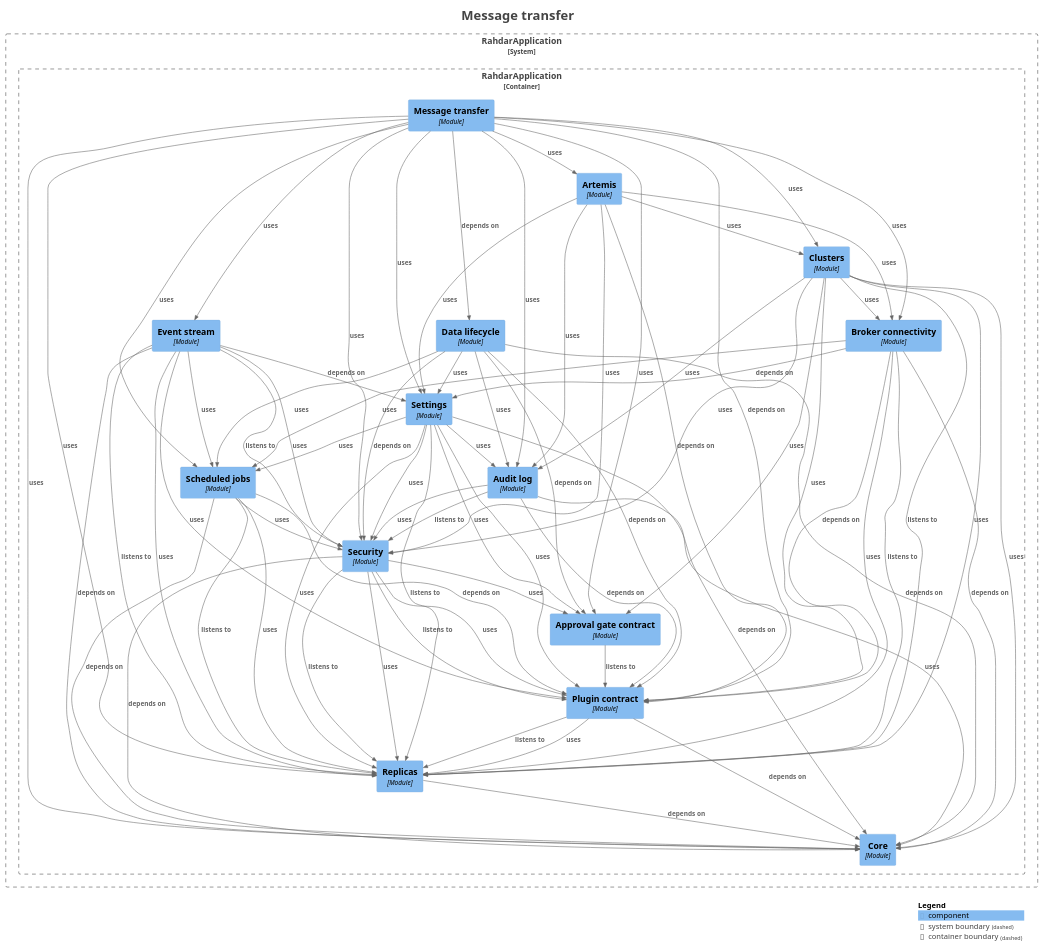
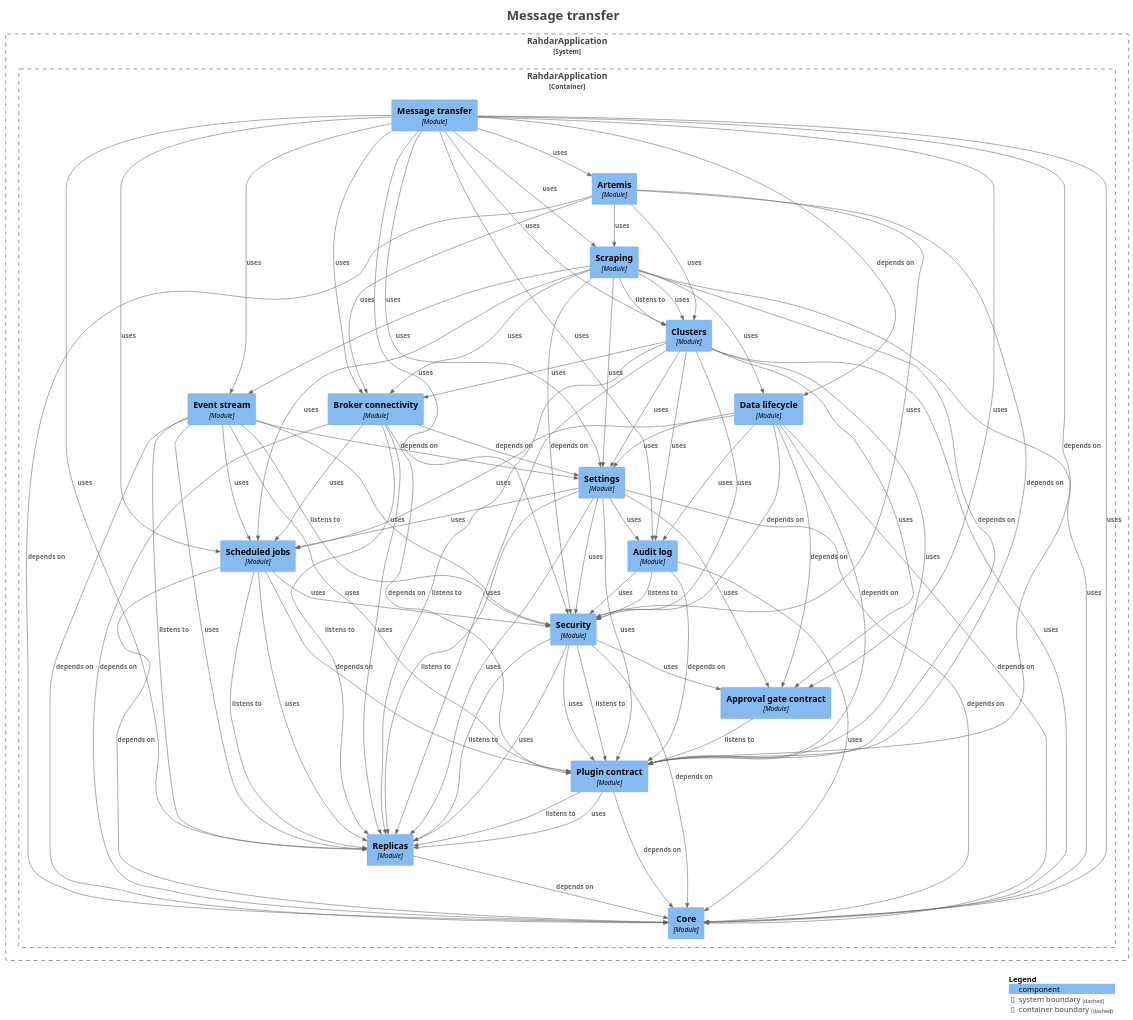
One commit to sudoitir/rahdar changed the diagram in docs/modules/module-feature.transfer.puml. Above: the diagram before and after it, drawn with PlantUML. The commit also changed 33 other files, not shown here.

```diff
--- a/docs/modules/module-feature.transfer.puml
+++ b/docs/modules/module-feature.transfer.puml
@@ -29,6 +29,7 @@
     Component(RahdarApplication.RahdarApplication.Plugincontract, "Plugin contract", $techn="Module", $descr="", $tags="", $link="")
     Component(RahdarApplication.RahdarApplication.Replicas, "Replicas", $techn="Module", $descr="", $tags="", $link="")
     Component(RahdarApplication.RahdarApplication.Scheduledjobs, "Scheduled jobs", $techn="Module", $descr="", $tags="", $link="")
+    Component(RahdarApplication.RahdarApplication.Scraping, "Scraping", $techn="Module", $descr="", $tags="", $link="")
     Component(RahdarApplication.RahdarApplication.Security, "Security", $techn="Module", $descr="", $tags="", $link="")
     Component(RahdarApplication.RahdarApplication.Settings, "Settings", $techn="Module", $descr="", $tags="", $link="")
   }
@@ -36,12 +37,12 @@
 }
 
 Rel(RahdarApplication.RahdarApplication.Approvalgatecontract, RahdarApplication.RahdarApplication.Plugincontract, "listens to", $techn="", $tags="", $link="")
-Rel(RahdarApplication.RahdarApplication.Artemis, RahdarApplication.RahdarApplication.Auditlog, "uses", $techn="", $tags="", $link="")
 Rel(RahdarApplication.RahdarApplication.Artemis, RahdarApplication.RahdarApplication.Brokerconnectivity, "uses", $techn="", $tags="", $link="")
 Rel(RahdarApplication.RahdarApplication.Artemis, RahdarApplication.RahdarApplication.Clusters, "uses", $techn="", $tags="", $link="")
+Rel(RahdarApplication.RahdarApplication.Artemis, RahdarApplication.RahdarApplication.Core, "depends on", $techn="", $tags="", $link="")
 Rel(RahdarApplication.RahdarApplication.Artemis, RahdarApplication.RahdarApplication.Plugincontract, "depends on", $techn="", $tags="", $link="")
+Rel(RahdarApplication.RahdarApplication.Artemis, RahdarApplication.RahdarApplication.Scraping, "uses", $techn="", $tags="", $link="")
 Rel(RahdarApplication.RahdarApplication.Artemis, RahdarApplication.RahdarApplication.Security, "uses", $techn="", $tags="", $link="")
-Rel(RahdarApplication.RahdarApplication.Artemis, RahdarApplication.RahdarApplication.Settings, "uses", $techn="", $tags="", $link="")
 Rel(RahdarApplication.RahdarApplication.Auditlog, RahdarApplication.RahdarApplication.Core, "uses", $techn="", $tags="", $link="")
 Rel(RahdarApplication.RahdarApplication.Auditlog, RahdarApplication.RahdarApplication.Plugincontract, "depends on", $techn="", $tags="", $link="")
 Rel(RahdarApplication.RahdarApplication.Auditlog, RahdarApplication.RahdarApplication.Security, "listens to", $techn="", $tags="", $link="")
@@ -60,6 +61,7 @@
 Rel(RahdarApplication.RahdarApplication.Clusters, RahdarApplication.RahdarApplication.Replicas, "listens to", $techn="", $tags="", $link="")
 Rel(RahdarApplication.RahdarApplication.Clusters, RahdarApplication.RahdarApplication.Replicas, "uses", $techn="", $tags="", $link="")
 Rel(RahdarApplication.RahdarApplication.Clusters, RahdarApplication.RahdarApplication.Security, "uses", $techn="", $tags="", $link="")
+Rel(RahdarApplication.RahdarApplication.Clusters, RahdarApplication.RahdarApplication.Settings, "uses", $techn="", $tags="", $link="")
 Rel(RahdarApplication.RahdarApplication.Datalifecycle, RahdarApplication.RahdarApplication.Approvalgatecontract, "depends on", $techn="", $tags="", $link="")
 Rel(RahdarApplication.RahdarApplication.Datalifecycle, RahdarApplication.RahdarApplication.Auditlog, "uses", $techn="", $tags="", $link="")
 Rel(RahdarApplication.RahdarApplication.Datalifecycle, RahdarApplication.RahdarApplication.Core, "depends on", $techn="", $tags="", $link="")
@@ -86,6 +88,7 @@
 Rel(RahdarApplication.RahdarApplication.Messagetransfer, RahdarApplication.RahdarApplication.Plugincontract, "depends on", $techn="", $tags="", $link="")
 Rel(RahdarApplication.RahdarApplication.Messagetransfer, RahdarApplication.RahdarApplication.Replicas, "uses", $techn="", $tags="", $link="")
 Rel(RahdarApplication.RahdarApplication.Messagetransfer, RahdarApplication.RahdarApplication.Scheduledjobs, "uses", $techn="", $tags="", $link="")
+Rel(RahdarApplication.RahdarApplication.Messagetransfer, RahdarApplication.RahdarApplication.Scraping, "uses", $techn="", $tags="", $link="")
 Rel(RahdarApplication.RahdarApplication.Messagetransfer, RahdarApplication.RahdarApplication.Security, "uses", $techn="", $tags="", $link="")
 Rel(RahdarApplication.RahdarApplication.Messagetransfer, RahdarApplication.RahdarApplication.Settings, "uses", $techn="", $tags="", $link="")
 Rel(RahdarApplication.RahdarApplication.Plugincontract, RahdarApplication.RahdarApplication.Core, "depends on", $techn="", $tags="", $link="")
@@ -97,6 +100,16 @@
 Rel(RahdarApplication.RahdarApplication.Scheduledjobs, RahdarApplication.RahdarApplication.Replicas, "listens to", $techn="", $tags="", $link="")
 Rel(RahdarApplication.RahdarApplication.Scheduledjobs, RahdarApplication.RahdarApplication.Replicas, "uses", $techn="", $tags="", $link="")
 Rel(RahdarApplication.RahdarApplication.Scheduledjobs, RahdarApplication.RahdarApplication.Security, "uses", $techn="", $tags="", $link="")
+Rel(RahdarApplication.RahdarApplication.Scraping, RahdarApplication.RahdarApplication.Brokerconnectivity, "uses", $techn="", $tags="", $link="")
+Rel(RahdarApplication.RahdarApplication.Scraping, RahdarApplication.RahdarApplication.Clusters, "listens to", $techn="", $tags="", $link="")
+Rel(RahdarApplication.RahdarApplication.Scraping, RahdarApplication.RahdarApplication.Clusters, "uses", $techn="", $tags="", $link="")
+Rel(RahdarApplication.RahdarApplication.Scraping, RahdarApplication.RahdarApplication.Core, "uses", $techn="", $tags="", $link="")
+Rel(RahdarApplication.RahdarApplication.Scraping, RahdarApplication.RahdarApplication.Datalifecycle, "uses", $techn="", $tags="", $link="")
+Rel(RahdarApplication.RahdarApplication.Scraping, RahdarApplication.RahdarApplication.Eventstream, "uses", $techn="", $tags="", $link="")
+Rel(RahdarApplication.RahdarApplication.Scraping, RahdarApplication.RahdarApplication.Plugincontract, "depends on", $techn="", $tags="", $link="")
+Rel(RahdarApplication.RahdarApplication.Scraping, RahdarApplication.RahdarApplication.Scheduledjobs, "uses", $techn="", $tags="", $link="")
+Rel(RahdarApplication.RahdarApplication.Scraping, RahdarApplication.RahdarApplication.Security, "depends on", $techn="", $tags="", $link="")
+Rel(RahdarApplication.RahdarApplication.Scraping, RahdarApplication.RahdarApplication.Settings, "uses", $techn="", $tags="", $link="")
 Rel(RahdarApplication.RahdarApplication.Security, RahdarApplication.RahdarApplication.Approvalgatecontract, "uses", $techn="", $tags="", $link="")
 Rel(RahdarApplication.RahdarApplication.Security, RahdarApplication.RahdarApplication.Core, "depends on", $techn="", $tags="", $link="")
 Rel(RahdarApplication.RahdarApplication.Security, RahdarApplication.RahdarApplication.Plugincontract, "listens to", $techn="", $tags="", $link="")
```
